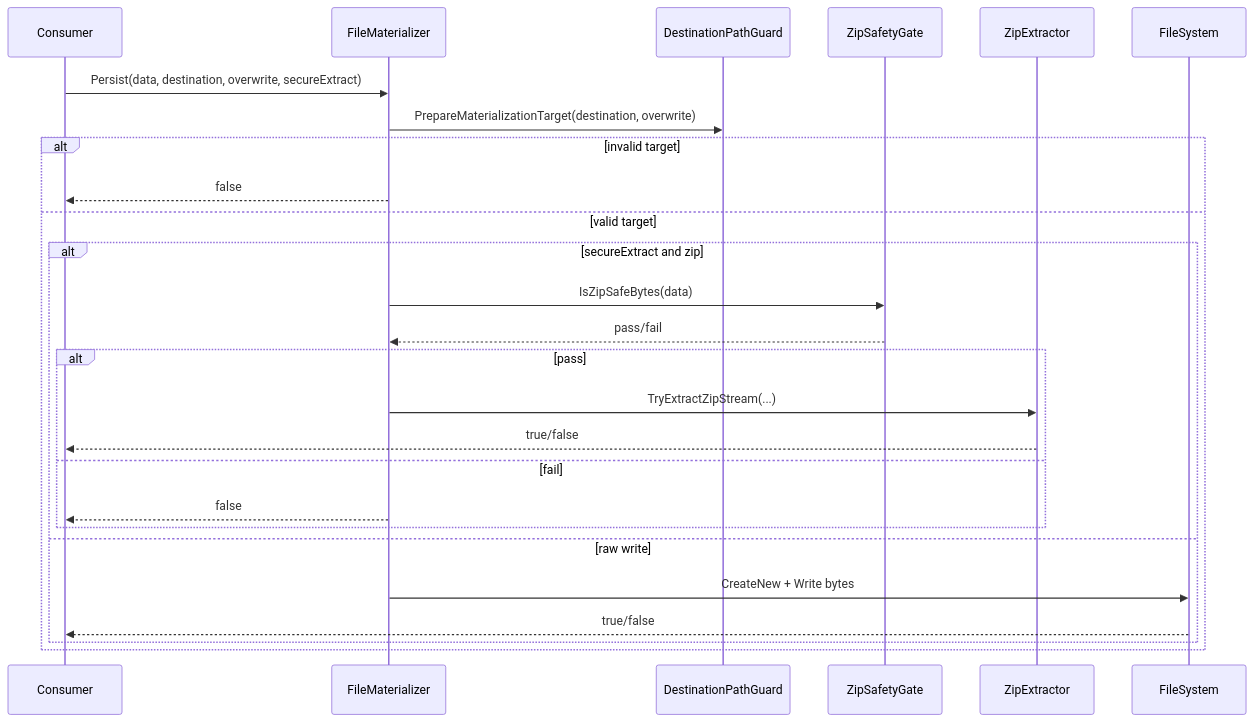
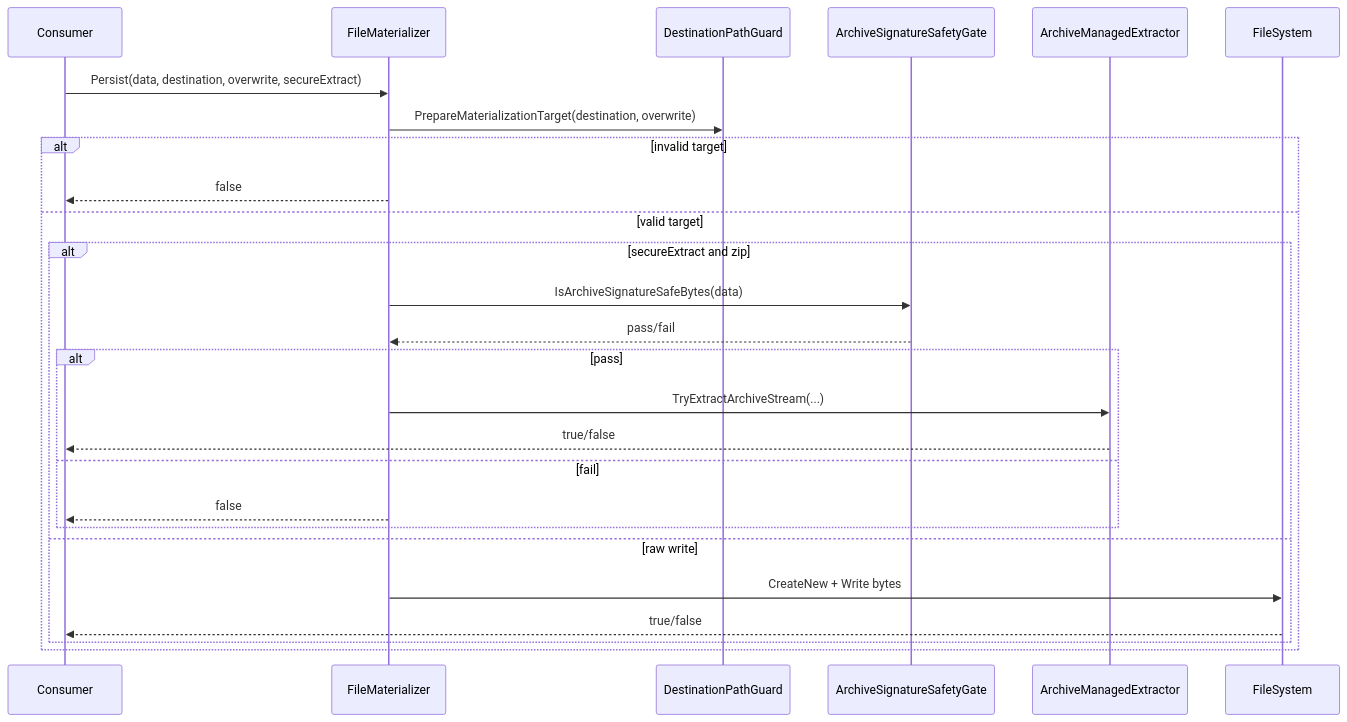
The seventh of 9 diagrams in docs/02_ARCHITECTURE_AND_FLOWS.md (tomtastisch/FileClassifier), drawn with Mermaid before and after one commit. The commit also changed other lines of this file and 32 other files, not shown here.

Commit message:
refactor: vereinheitliche zip-benennungen auf archive

````diff
--- a/docs/02_ARCHITECTURE_AND_FLOWS.md
+++ b/docs/02_ARCHITECTURE_AND_FLOWS.md
@@ -262,31 +262,31 @@
 ```mermaid
 sequenceDiagram
   participant Caller as Consumer
   participant MAT as FileMaterializer
   participant Guard as DestinationPathGuard
-  participant Gate as ZipSafetyGate
-  participant Extract as ZipExtractor
+  participant Gate as ArchiveSignatureSafetyGate
+  participant Extract as ArchiveManagedExtractor
   participant FS as FileSystem
 
   Caller->>MAT: Persist(data, destination, overwrite, secureExtract)
   MAT->>Guard: PrepareMaterializationTarget(destination, overwrite)
 
   alt invalid target
     MAT-->>Caller: false
   else valid target
     alt secureExtract and zip
-      MAT->>Gate: IsZipSafeBytes(data)
+      MAT->>Gate: IsArchiveSignatureSafeBytes(data)
       Gate-->>MAT: pass/fail
 
       alt pass
-        MAT->>Extract: TryExtractZipStream(...)
+        MAT->>Extract: TryExtractArchiveStream(...)
         Extract-->>Caller: true/false
       else fail
         MAT-->>Caller: false
       end
     else raw write
       MAT->>FS: CreateNew + Write bytes
       FS-->>Caller: true/false
     end
   end
 ```
````
